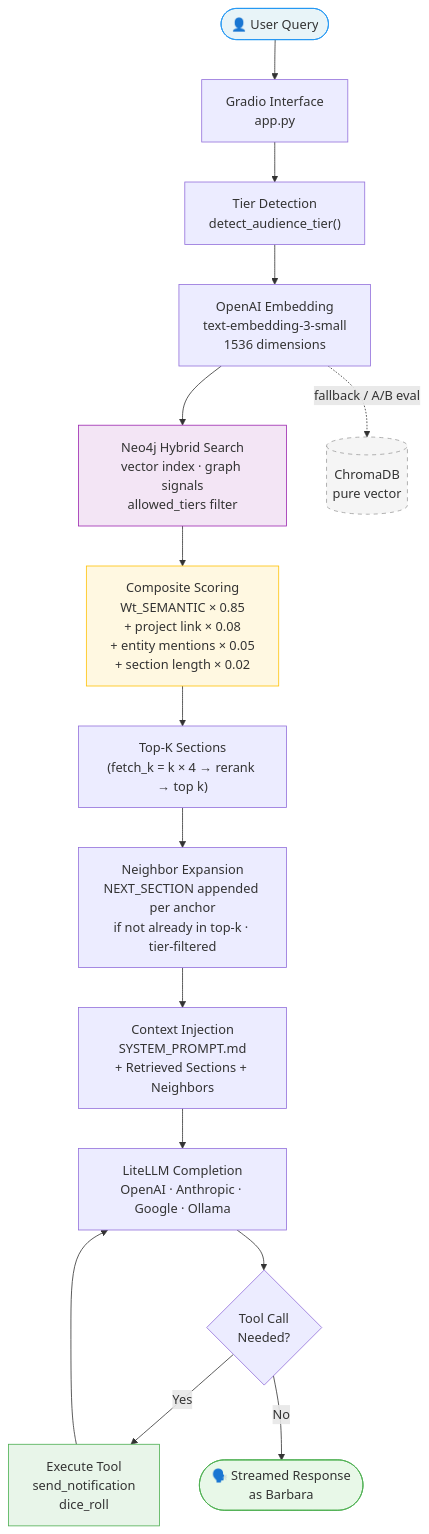
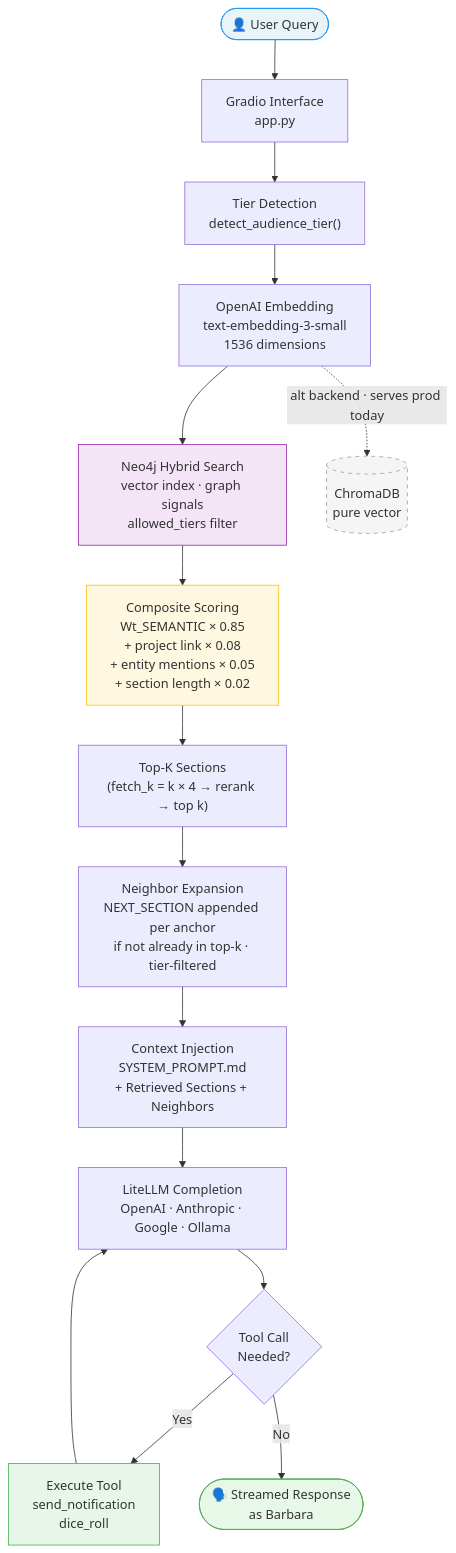
Before and after one commit to dagny099/barbs-digital-twin: the first of 3 diagrams in mkdocs-docs/architecture/system-overview.md, drawn with Mermaid. The commit also changed other lines of this file and 16 other files, not shown here.

````diff
--- a/mkdocs-docs/architecture/system-overview.md
+++ b/mkdocs-docs/architecture/system-overview.md
@@ -17,27 +17,27 @@
 ```mermaid
 flowchart TD
     A(["👤 User Query"]) --> B["Gradio Interface\napp.py"]
     B --> C["Tier Detection\ndetect_audience_tier()"]
     C --> D["OpenAI Embedding\ntext-embedding-3-small\n1536 dimensions"]
 
     D --> E["Neo4j Hybrid Search\nvector index · graph signals\nallowed_tiers filter"]
-    D -.->|"fallback / A/B eval"| L[("ChromaDB\npure vector")]
+    D -.->|"alt backend · serves prod today"| L[("ChromaDB\npure vector")]
 
     E --> F["Composite Scoring\nWt_SEMANTIC × 0.85\n+ project link × 0.08\n+ entity mentions × 0.05\n+ section length × 0.02"]
     F --> G["Top-K Sections\n(fetch_k = k × 4 → rerank → top k)"]
     G --> N["Neighbor Expansion\nNEXT_SECTION appended per anchor\nif not already in top-k · tier-filtered"]
 
     N --> H["Context Injection\nSYSTEM_PROMPT.md\n+ Retrieved Sections + Neighbors"]
     H --> I["LiteLLM Completion\nOpenAI · Anthropic · Google · Ollama"]
     I --> J{Tool Call\nNeeded?}
     J -->|"Yes"| K["Execute Tool\nsend_notification\ndice_roll"]
     K --> I
     J -->|"No"| M(["🗣️ Streamed Response\nas Barbara"])
 
     style A fill:#e8f4f8,stroke:#2196F3
     style M fill:#e8f8e8,stroke:#4CAF50
     style F fill:#fff8e1,stroke:#FFC107
     style E fill:#f3e5f5,stroke:#9C27B0
     style L fill:#f5f5f5,stroke:#9E9E9E,stroke-dasharray: 5 5
     style K fill:#e8f5e9,stroke:#4CAF50
 ```
````
